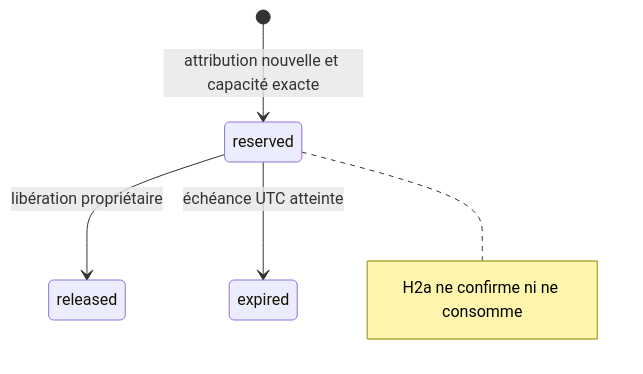
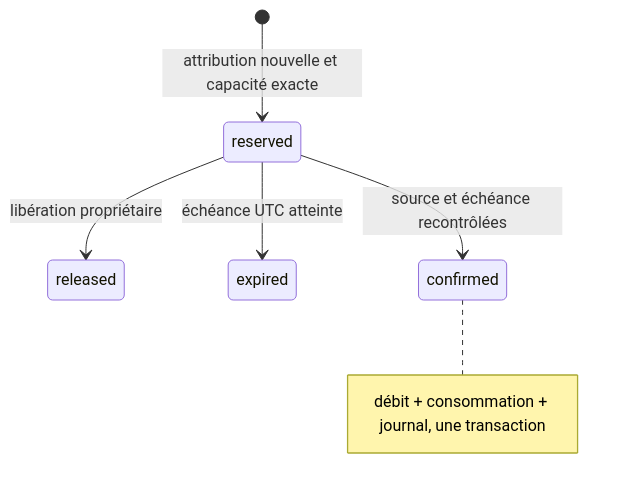
Before and after one commit to Alternative-LAB/faluss-platform: the diagram in docs/modules/HUB-PF-H2-CLOSED.md, drawn with Mermaid. The commit also changed other lines of this file and 11 other files, not shown here.

````diff
--- a/docs/modules/HUB-PF-H2-CLOSED.md
+++ b/docs/modules/HUB-PF-H2-CLOSED.md
@@ -72,7 +72,8 @@
 ```mermaid
 stateDiagram-v2
     [*] --> reserved : attribution nouvelle et capacité exacte
     reserved --> released : libération propriétaire
     reserved --> expired : échéance UTC atteinte
-    note right of reserved : H2a ne confirme ni ne consomme
+    reserved --> confirmed : source et échéance recontrôlées
+    note right of confirmed : débit + consommation + journal, une transaction
 ```
````
